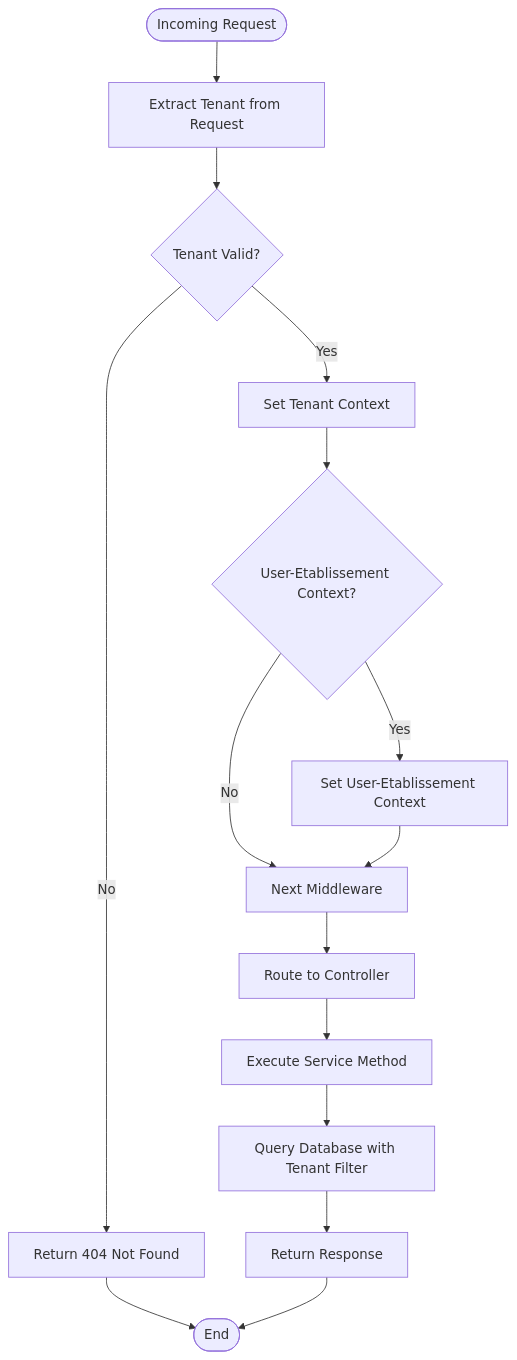
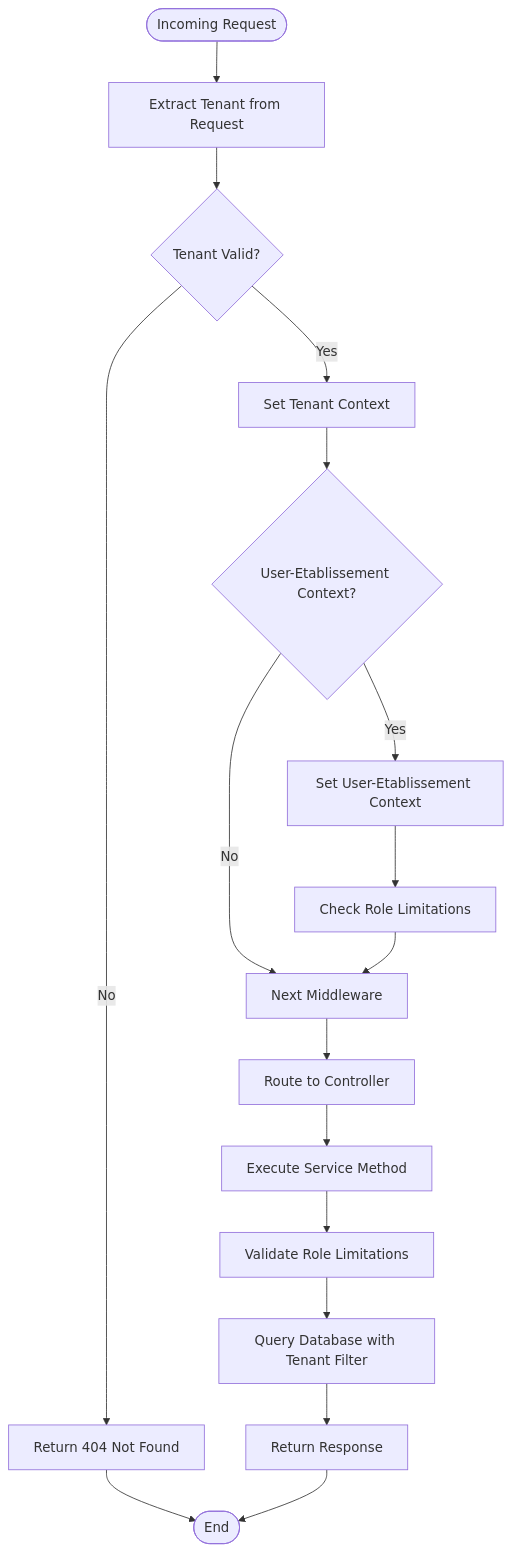
The tenth of 18 diagrams in .qoder/repowiki/en/content/Modules & Features/Administrative Modules/Establishment Management.md (franckylab/eLISAschool), drawn with Mermaid before and after one commit. The commit also changed other lines of this file and 67 other files, not shown here.

````diff
--- a/.qoder/repowiki/en/content/Modules & Features/Administrative Modules/Establishment Management.md
+++ b/.qoder/repowiki/en/content/Modules & Features/Administrative Modules/Establishment Management.md
@@ -357,17 +517,19 @@
 ```mermaid
 flowchart TD
 Start([Incoming Request]) --> ExtractTenant["Extract Tenant from Request"]
 ExtractTenant --> ValidateTenant{"Tenant Valid?"}
 ValidateTenant --> |Yes| SetContext["Set Tenant Context"]
 SetContext --> CheckUserEtab{"User-Etablissement Context?"}
 CheckUserEtab --> |Yes| SetUserEtabContext["Set User-Etablissement Context"]
 CheckUserEtab --> |No| NextMW["Next Middleware"]
 ValidateTenant --> |No| Error404["Return 404 Not Found"]
-SetUserEtabContext --> NextMW
+SetUserEtabContext --> CheckRoleLimitations["Check Role Limitations"]
+CheckRoleLimitations --> NextMW
 NextMW --> Controller["Route to Controller"]
 Controller --> Service["Execute Service Method"]
-Service --> Repository["Query Database with Tenant Filter"]
+Service --> RoleLimitationCheck["Validate Role Limitations"]
+RoleLimitationCheck --> Repository["Query Database with Tenant Filter"]
 Repository --> Response["Return Response"]
 Error404 --> End([End])
 Response --> End
 ```
````
